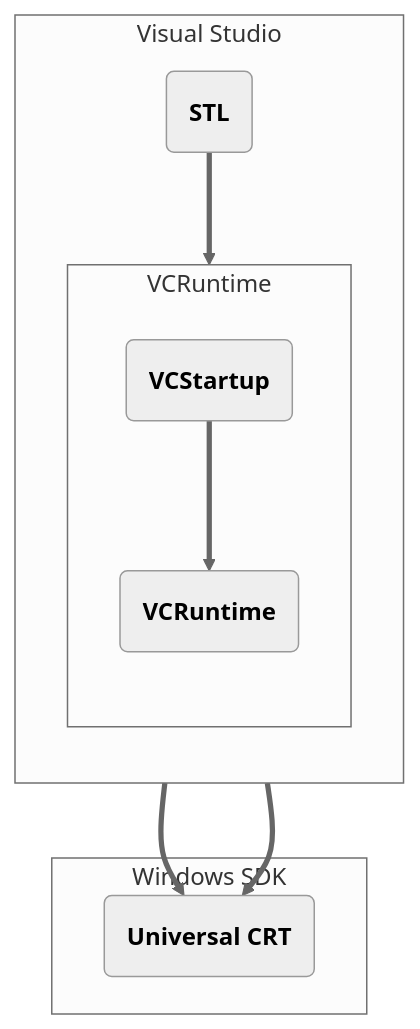
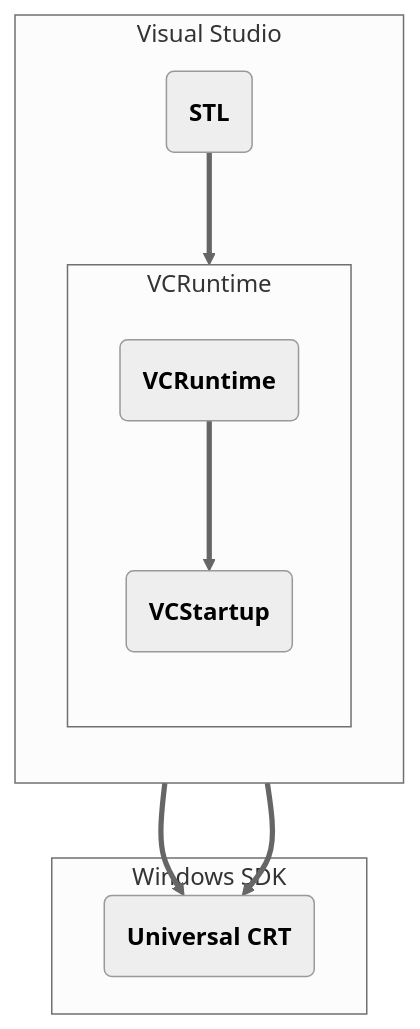
One commit to StephanTLavavej/STL changed the diagram in README.md. Above: the diagram before and after it, drawn with Mermaid (neutral theme).

Commit message:
VCRuntime depends on VCStartup.

````diff
--- a/README.md
+++ b/README.md
@@ -553,19 +553,19 @@
 ```mermaid
 flowchart TB
 %%{ init: {"flowchart": {"htmlLabels": true}} }%%
 classDef default text-align:left
 subgraph VisualStudioSubgraph[Visual Studio]
   direction TB
   STLNode("<b>STL</b>")
   subgraph VCRuntimeSubgraph[VCRuntime]
     direction TB
+    VCRuntimeNode("<b>VCRuntime</b>")
     VCStartupNode("<b>VCStartup</b>")
-    VCRuntimeNode("<b>VCRuntime</b>")
   end
 end
 subgraph WindowsSDKSubgraph[Windows SDK]
   UniversalCRTNode("<b>Universal CRT</b>")
 end
 STLNode ==> VCRuntimeSubgraph & UniversalCRTNode
-VCStartupNode ==> VCRuntimeNode ==> UniversalCRTNode
+VCRuntimeNode ==> VCStartupNode ==> UniversalCRTNode
 ```
````
